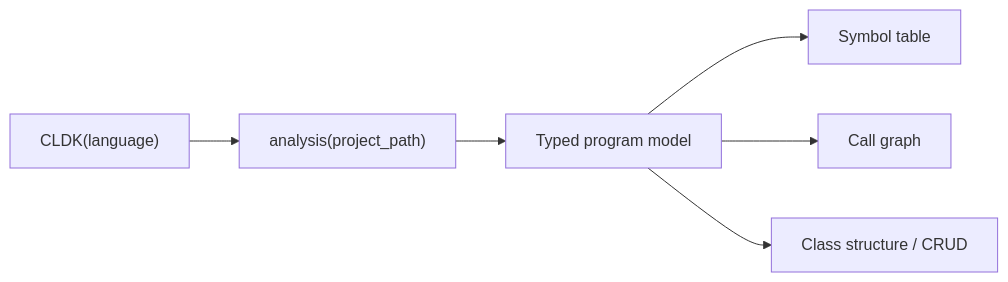
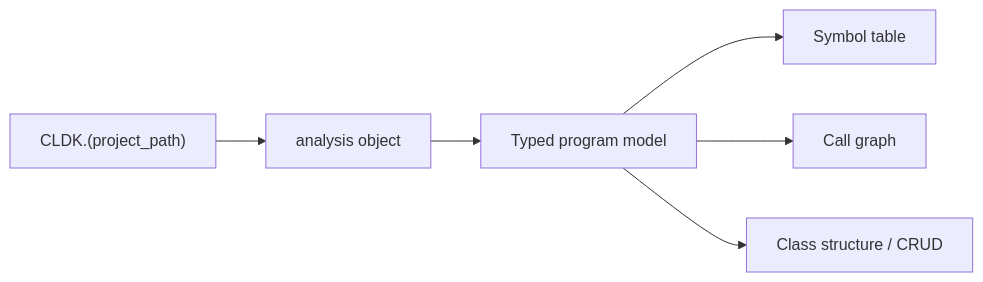
The diagram in src/content/docs/what-is-cldk.mdx (codellm-devkit/docs), drawn with Mermaid before and after one commit. The commit also changed other lines of this file and 19 other files, not shown here.

````diff
--- a/src/content/docs/what-is-cldk.mdx
+++ b/src/content/docs/what-is-cldk.mdx
@@ -65,8 +65,8 @@
 ```mermaid
 flowchart LR
-    A["CLDK(language)"] --> B["analysis(project_path)"]
+    A["CLDK.<lang>(project_path)"] --> B["analysis object"]
     B --> C["Typed program model"]
     C --> D["Symbol table"]
     C --> E["Call graph"]
     C --> F["Class structure / CRUD"]
 ```
````
